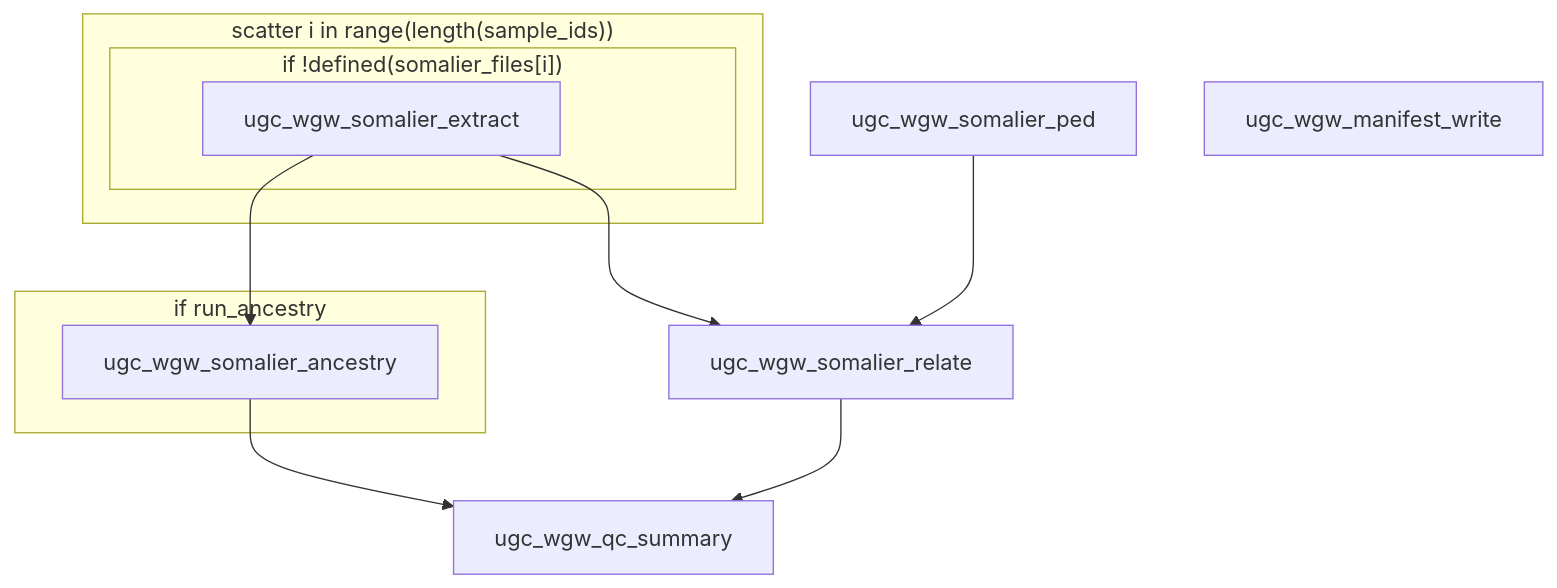
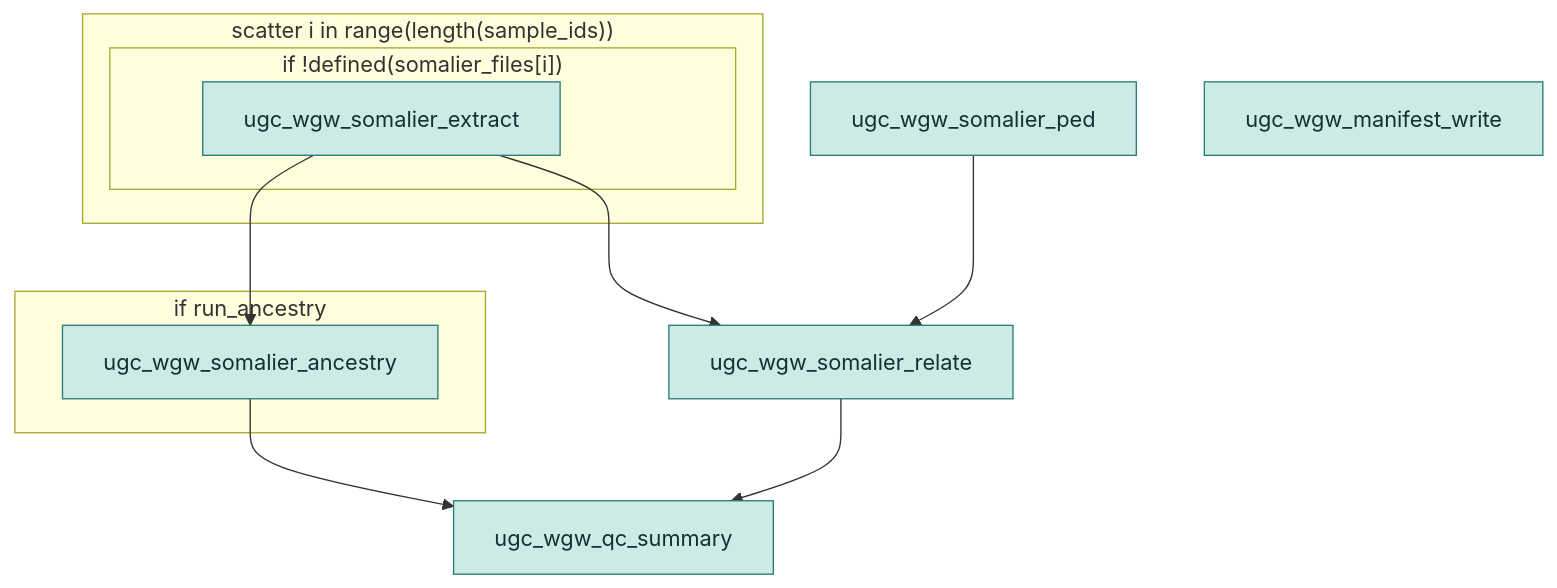
The third of 13 diagrams in docs/guide/workflow-graphs.md (UppsalaGenomeCenter/ugc-wgw), drawn with Mermaid before and after one commit. The commit also changed other lines of this file and 52 other files, not shown here.

First line of the commit message:
ugc-wgw 0.20.0

````diff
--- a/docs/guide/workflow-graphs.md
+++ b/docs/guide/workflow-graphs.md
@@ -319,20 +325,21 @@
 ```mermaid
 flowchart TD
   subgraph s1["scatter i in range(length(sample_ids))"]
     subgraph s2["if !defined(somalier_files[i])"]
-      n1["ugc_wgw_somalier_extract"]
+      n1["ugc_wgw_somalier_extract"]:::o
     end
   end
-  n2["ugc_wgw_somalier_ped"]
-  n3["ugc_wgw_somalier_relate"]
+  n2["ugc_wgw_somalier_ped"]:::o
+  n3["ugc_wgw_somalier_relate"]:::o
   subgraph s3["if run_ancestry"]
-    n4["ugc_wgw_somalier_ancestry"]
+    n4["ugc_wgw_somalier_ancestry"]:::o
   end
-  n5["ugc_wgw_qc_summary"]
-  n6["ugc_wgw_manifest_write"]
+  n5["ugc_wgw_qc_summary"]:::o
+  n6["ugc_wgw_manifest_write"]:::o
   n1 --> n3
   n1 --> n4
   n2 --> n3
   n3 --> n5
   n4 --> n5
+  classDef o fill:#cdeae6,stroke:#2a7f77,color:#0f3330
 ```
````
